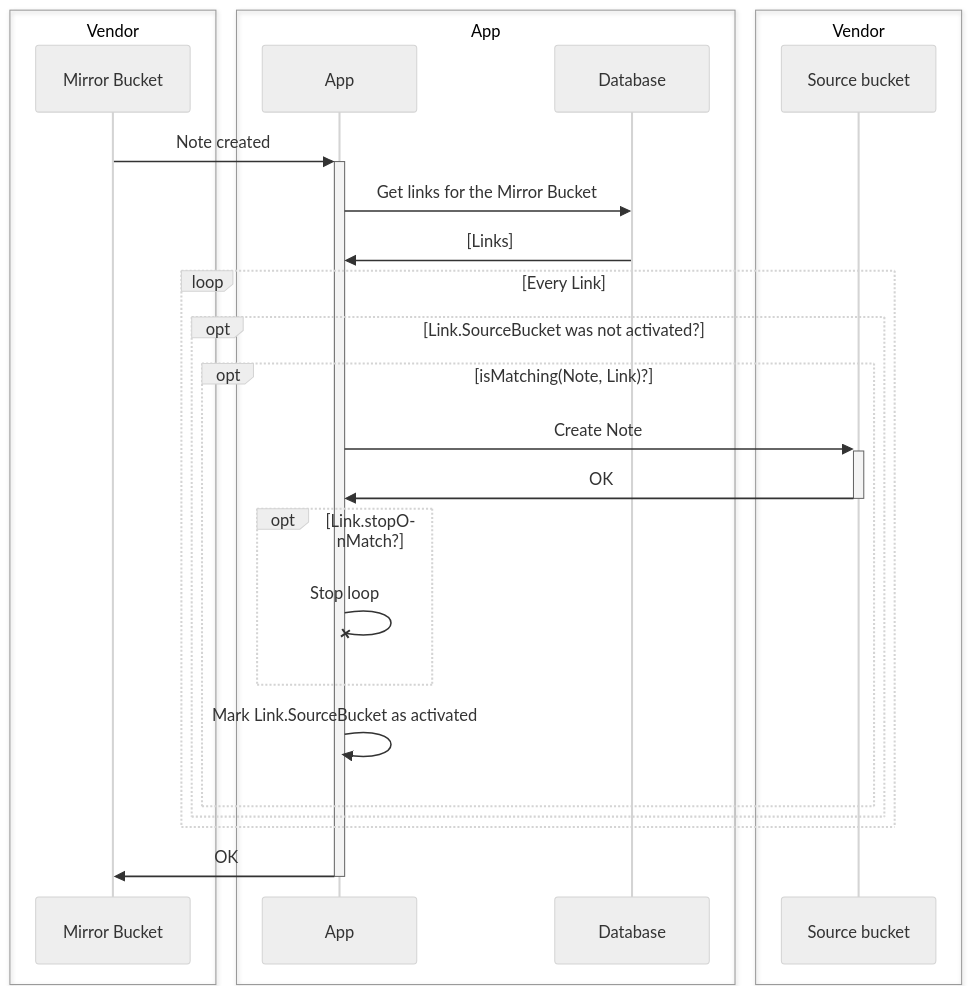
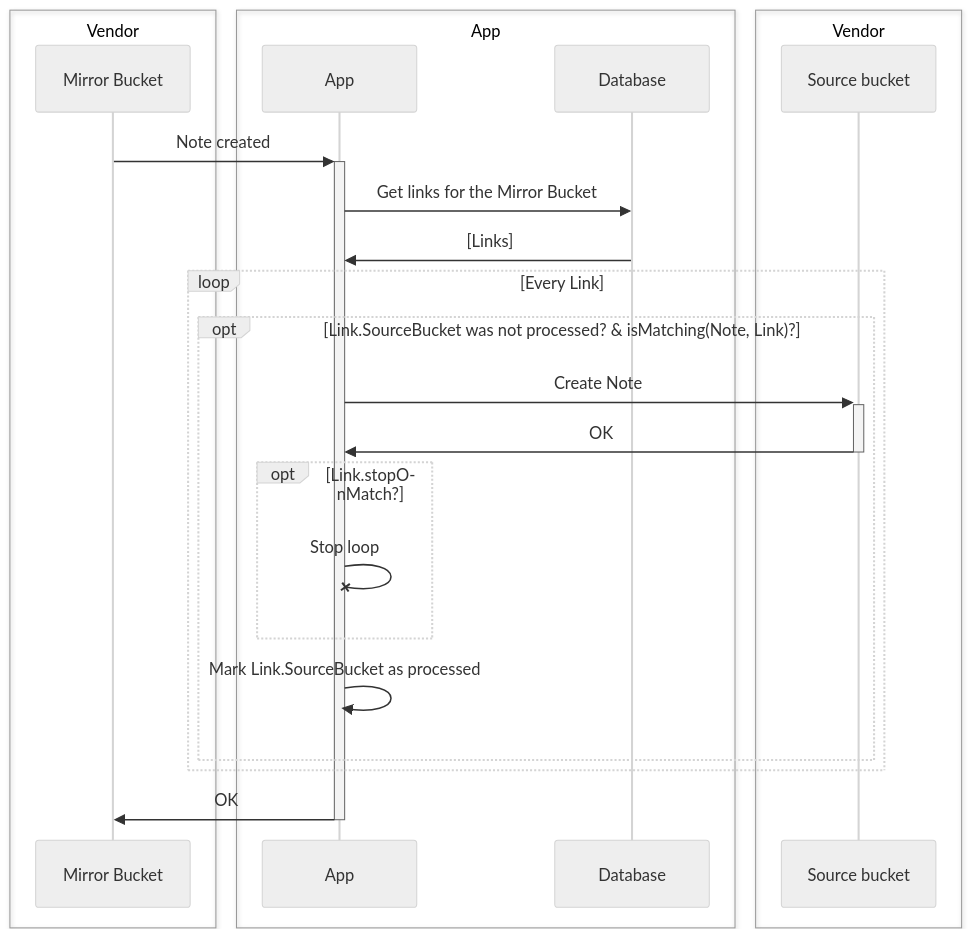
One commit to vitaly-rudenko/mind-sweep changed the first of 2 diagrams in server/docs/handle-mirror-note-created.md. Above: the diagram before and after it, drawn with Mermaid (neutral theme). The commit also changed other lines of this file and 2 other files, not shown here.

Commit message:
Added docs for handling note updates

````diff
--- a/server/docs/handle-mirror-note-created.md
+++ b/server/docs/handle-mirror-note-created.md
@@ -5,37 +5,35 @@
 ```mermaid
 sequenceDiagram
 
 box Vendor
 participant mirror as Mirror Bucket
 end
 
 box App
 participant app as App
 participant db as Database
 end
 
 box Vendor
 participant source as Source bucket
 end
 
 mirror ->>+ app: Note created
 app ->> db: Get links for the Mirror Bucket
 db ->> app: [Links]
 
 loop Every Link
-  opt Link.SourceBucket was not activated?
-    opt isMatching(Note, Link)?
-      app ->>+ source: Create Note
-      source ->>- app: OK
-  
-      opt Link.stopOnMatch?
-        app -x app: Stop loop
-      end
-      
-      app ->> app: Mark Link.SourceBucket as activated
+  opt Link.SourceBucket was not processed? & isMatching(Note, Link)?
+    app ->>+ source: Create Note
+    source ->>- app: OK
+
+    opt Link.stopOnMatch?
+      app -x app: Stop loop
     end
+
+    app ->> app: Mark Link.SourceBucket as processed
   end
 end
 
 app ->>- mirror: OK
 ```
````
